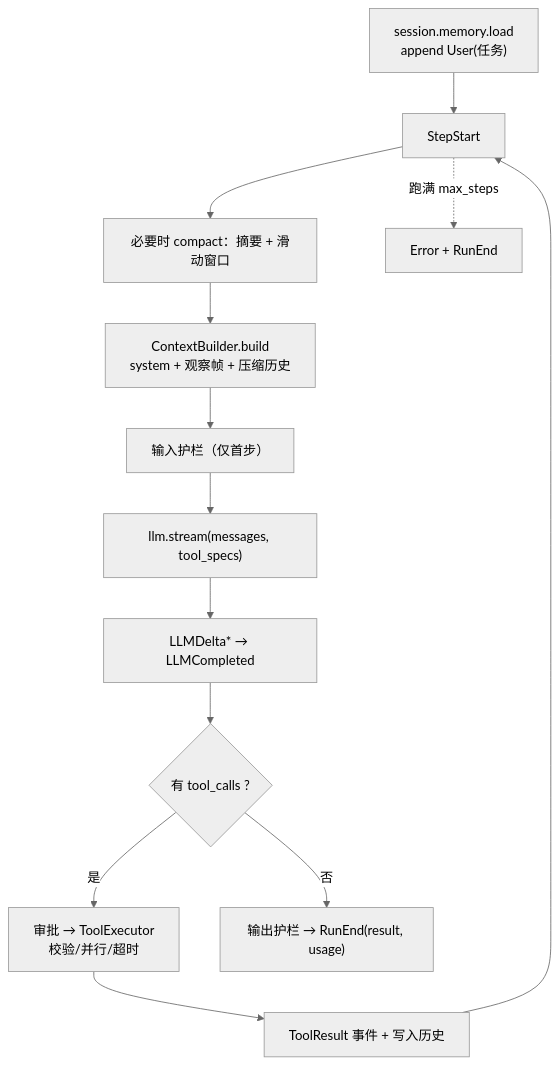
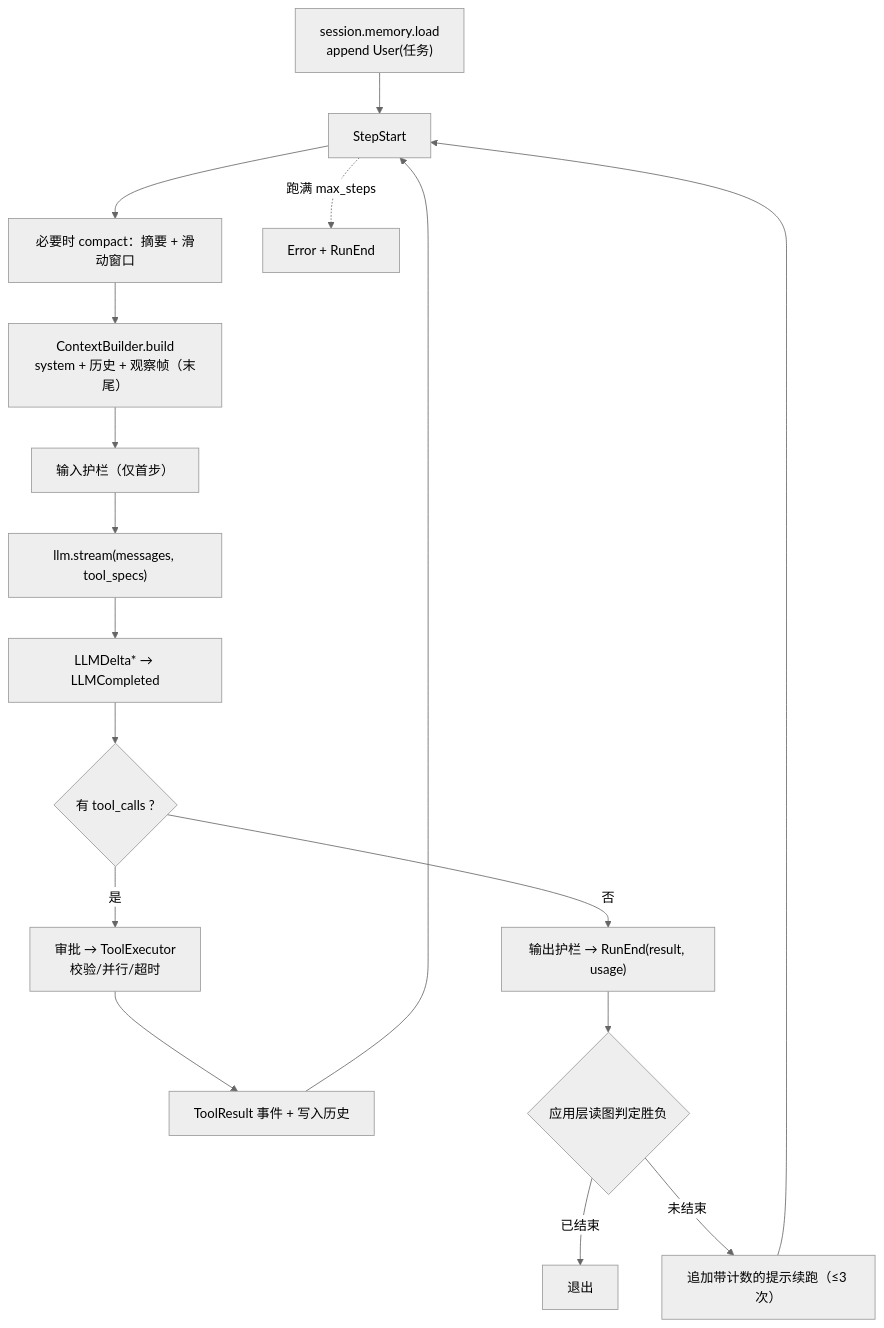
The second of 3 diagrams in docs/minesweeper-agent-flow.md (bluesky1024/fm_agent_frame), drawn with Mermaid (neutral theme) before and after one commit. The commit also changed other lines of this file and 32 other files, not shown here.

````diff
--- a/docs/minesweeper-agent-flow.md
+++ b/docs/minesweeper-agent-flow.md
@@ -43,15 +43,19 @@
 ```mermaid
 flowchart TD
     INIT["session.memory.load<br/>append User(任务)"] --> STEP
     STEP["StepStart"] --> COMPACT["必要时 compact：摘要 + 滑动窗口"]
-    COMPACT --> BUILD["ContextBuilder.build<br/>system + 观察帧 + 压缩历史"]
+    COMPACT --> BUILD["ContextBuilder.build<br/>system + 历史 + 观察帧（末尾）"]
     BUILD --> GUARD["输入护栏（仅首步）"]
     GUARD --> STREAM["llm.stream(messages, tool_specs)"]
     STREAM --> DELTA["LLMDelta* → LLMCompleted"]
     DELTA --> HAS{有 tool_calls ?}
     HAS -- 是 --> APPROVE["审批 → ToolExecutor<br/>校验/并行/超时"]
     APPROVE --> TOOLMSG["ToolResult 事件 + 写入历史"]
     TOOLMSG --> STEP
     HAS -- 否 --> OUT["输出护栏 → RunEnd(result, usage)"]
+    OUT --> CHECK{应用层读图判定胜负}
+    CHECK -- 已结束 --> DONE["退出"]
+    CHECK -- 未结束 --> NUDGE["追加带计数的提示续跑（≤3 次）"]
+    NUDGE --> STEP
     STEP -. 跑满 max_steps .-> ERR["Error + RunEnd"]
 ```
````
